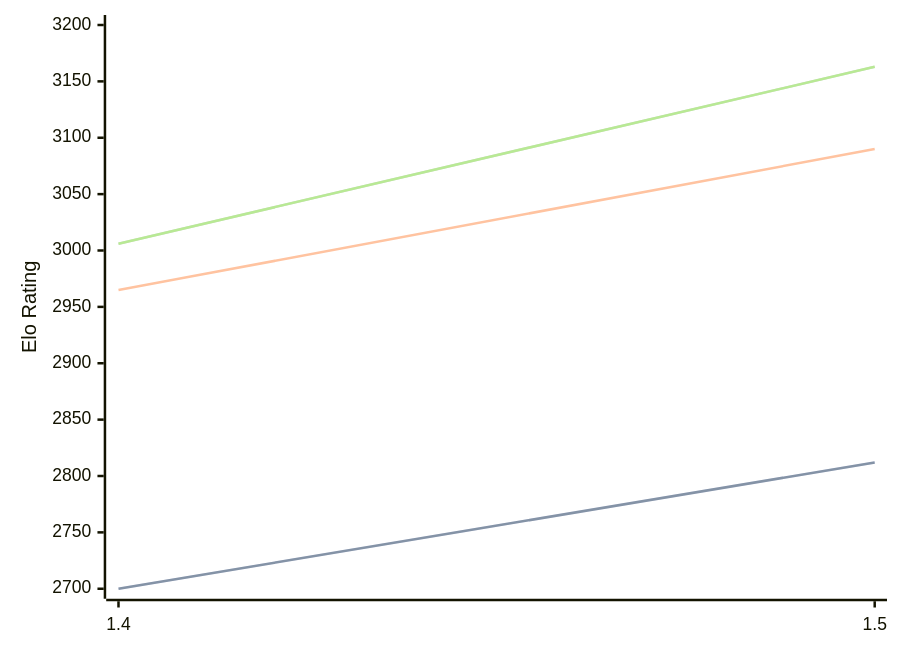
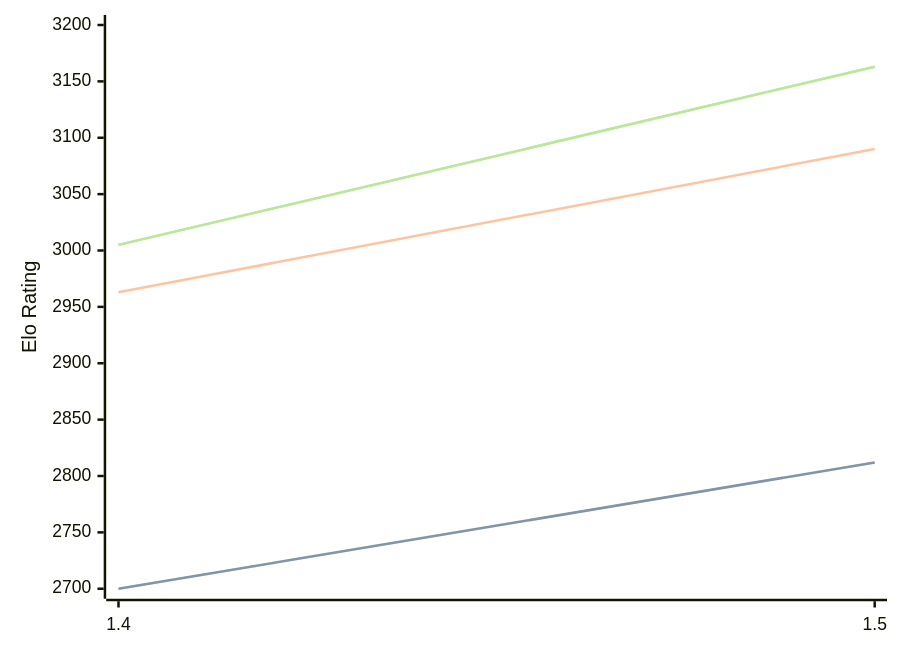
Before and after one commit to computer-chess-index/cci: the diagram in engines/Yakka.md, drawn with Mermaid. The commit also changed other lines of this file, not shown here.

Commit message:
Update CCI Ratings (ELO VLTC) - 2026-03-04

````diff
--- a/engines/Yakka.md
+++ b/engines/Yakka.md
@@ -34,11 +34,11 @@
 ```mermaid
 %%{init: {"theme":"base","themeVariables":{"seriesColors:['#a3a3a3','#222221','#faa371']}}}%%
 xychart-beta
   x-axis ["1.4", "1.5"]
   y-axis "Elo Rating" 2700 --> 3200
   line "STC (8.0+0.08s)" [2700, 2812]
   line "STC (8.0+0.08s)" [2700, 2812]
-  line "LTC (60.0+0.60s)" [2965, 3090]
-  line "VLTC (2m24s+1.12s)" [3006, 3163]
-  line "VLTC (2m24s+1.12s)" [3006, 3163]
+  line "LTC (60.0+0.60s)" [2963, 3090]
+  line "VLTC (2m24s+1.12s)" [3005, 3163]
+  line "VLTC (2m24s+1.12s)" [3005, 3163]
 ```
````
